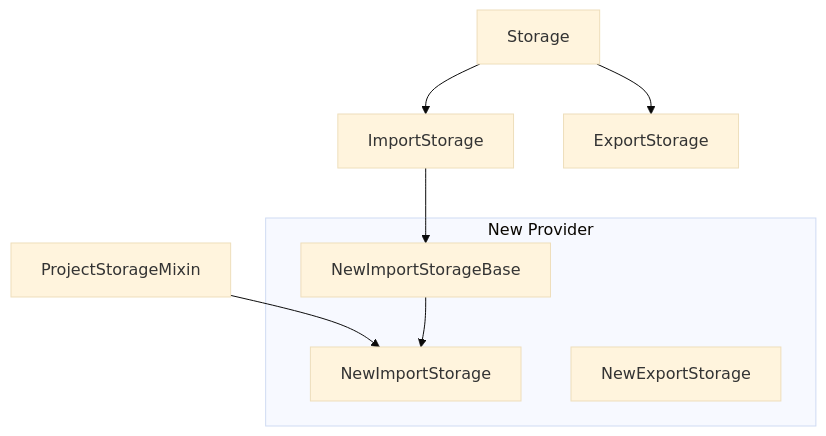
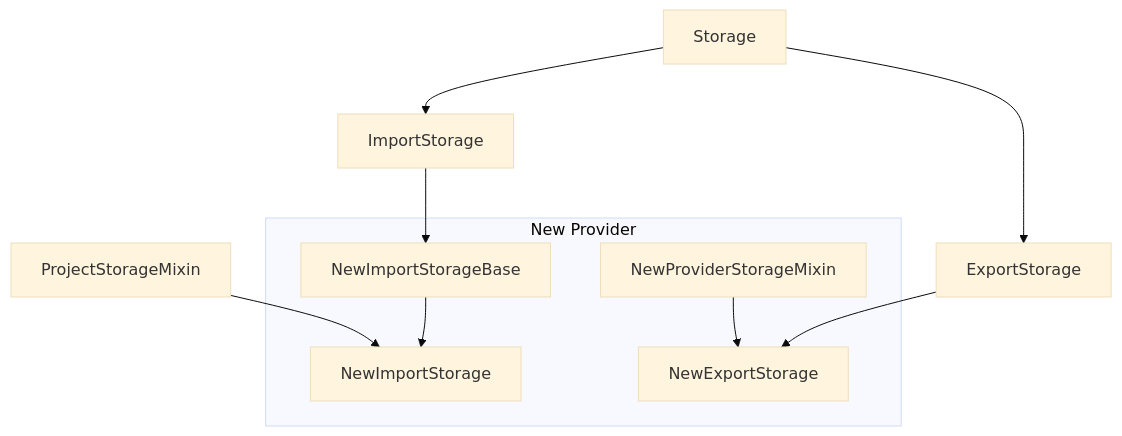
Before and after one commit to opetitprestataire/label-studio: the diagram in .cursor/rules/storage-provider.mdc, drawn with Mermaid (base theme). The commit also changed other lines of this file, not shown here.

Commit message:
fix: BROS-290: Fine-tune storage providers rules

````diff
--- a/.cursor/rules/storage-provider.mdc
+++ b/.cursor/rules/storage-provider.mdc
@@ -16,16 +30,20 @@
 ```mermaid
 graph TD
     Storage-->ImportStorage
     Storage-->ExportStorage
     
     ProjectStorageMixin-->NewImportStorage
     ImportStorage-->NewImportStorageBase
+    
+    NewStorageMixin-->NewExportStorage
+    ExportStorage-->NewExportStorage
 
     NewImportStorageBase-->NewImportStorage
     
     subgraph New Provider
         NewImportStorage
         NewImportStorageBase
         NewExportStorage
+        NewStorageMixin[NewProviderStorageMixin]
     end
 ```
````
